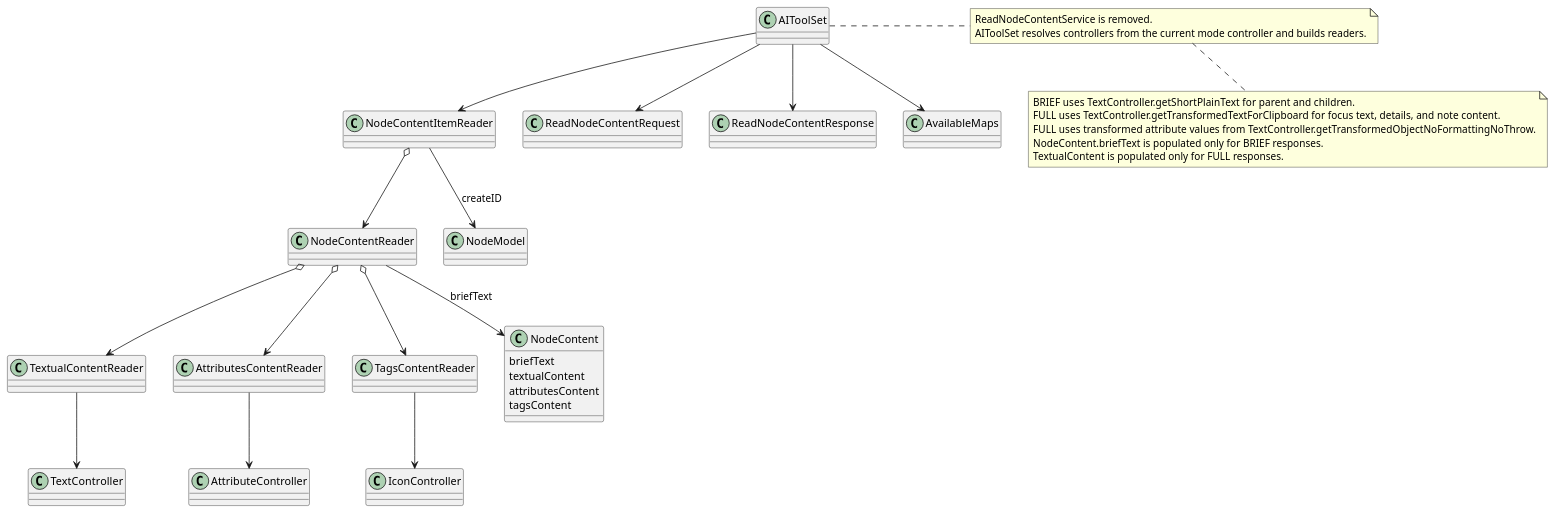
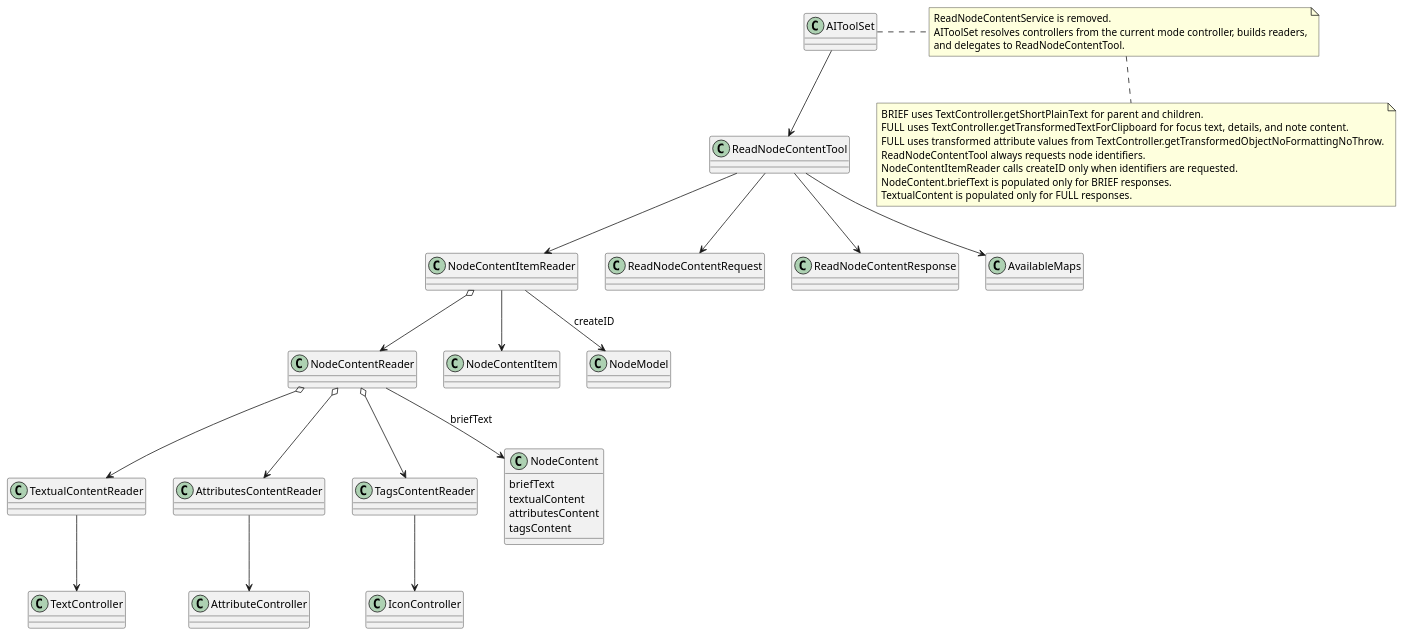
The sixth of 15 diagrams in freeplane_plugin_ai/specs/sprints/sprint-001.md (guoranjun2/nexordia), drawn with PlantUML before and after one commit. The commit also changed other lines of this file and 8 other files, not shown here.

````diff
--- a/freeplane_plugin_ai/specs/sprints/sprint-001.md
+++ b/freeplane_plugin_ai/specs/sprints/sprint-001.md
@@ -105,50 +106,57 @@
 ```plantuml
 @startuml
 class TextualContentReader
 class AttributesContentReader
 class TagsContentReader
 class NodeContentReader
 class NodeContentItemReader
+class NodeContentItem
 class ReadNodeContentRequest
 class ReadNodeContentResponse
 class AIToolSet
+class ReadNodeContentTool
 class AvailableMaps
 class NodeModel
 class TextController
 class AttributeController
 class IconController
 class NodeContent {
 briefText
 textualContent
 attributesContent
 tagsContent
 }
 
 TextualContentReader --> TextController
 AttributesContentReader --> AttributeController
 TagsContentReader --> IconController
 NodeContentReader o--> TextualContentReader
 NodeContentReader o--> AttributesContentReader
 NodeContentReader o--> TagsContentReader
 NodeContentReader --> NodeContent : briefText
 NodeContentItemReader o--> NodeContentReader
 NodeContentItemReader --> NodeModel : createID
-AIToolSet --> NodeContentItemReader
-AIToolSet --> AvailableMaps
-AIToolSet --> ReadNodeContentRequest
-AIToolSet --> ReadNodeContentResponse
+NodeContentItemReader --> NodeContentItem
+ReadNodeContentTool --> NodeContentItemReader
+ReadNodeContentTool --> AvailableMaps
+ReadNodeContentTool --> ReadNodeContentRequest
+ReadNodeContentTool --> ReadNodeContentResponse
+AIToolSet --> ReadNodeContentTool
 
 note right of AIToolSet
 ReadNodeContentService is removed.
-AIToolSet resolves controllers from the current mode controller and builds readers.
+AIToolSet resolves controllers from the current mode controller, builds readers,
+and delegates to ReadNodeContentTool.
 end note
 
 note bottom
 BRIEF uses TextController.getShortPlainText for parent and children.
 FULL uses TextController.getTransformedTextForClipboard for focus text, details, and note content.
 FULL uses transformed attribute values from TextController.getTransformedObjectNoFormattingNoThrow.
+ReadNodeContentTool always requests node identifiers.
+NodeContentItemReader calls createID only when identifiers are requested.
 NodeContent.briefText is populated only for BRIEF responses.
 TextualContent is populated only for FULL responses.
 end note
 @enduml
 ```
````
